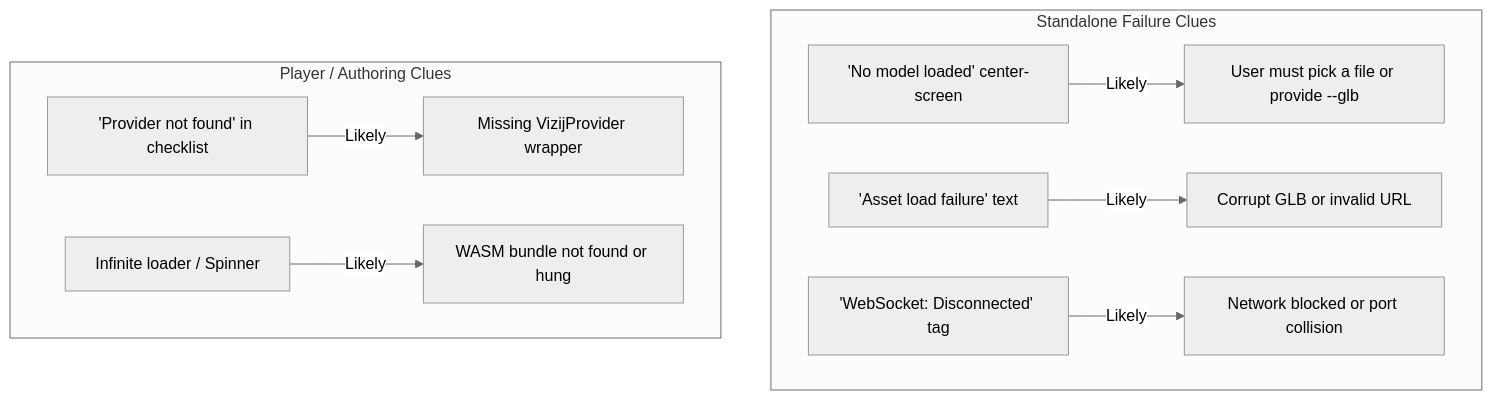
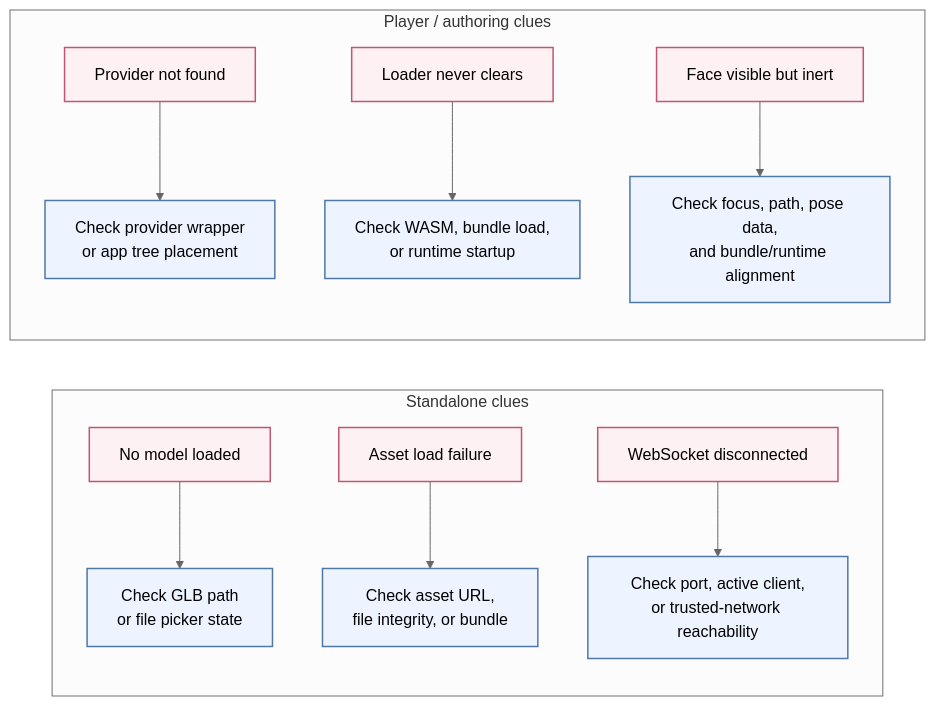
One commit to vizij-ai/vizij-docs changed the first of 2 diagrams in current_documentation/guidebook/support/troubleshooting-matrix.md. Above: the diagram before and after it, drawn with Mermaid (neutral theme). The commit also changed other lines of this file and 24 other files, not shown here.

````diff
--- a/current_documentation/guidebook/support/troubleshooting-matrix.md
+++ b/current_documentation/guidebook/support/troubleshooting-matrix.md
@@ -60,13 +50,22 @@
 ```mermaid
-flowchart TD
-    subgraph StandaloneStates ["Standalone Failure Clues"]
-        nomodel["'No model loaded' center-screen"] -- "Likely" --> pick["User must pick a file or provide --glb"]
-        error["'Asset load failure' text"] -- "Likely" --> corrupt["Corrupt GLB or invalid URL"]
-        ws_off["'WebSocket: Disconnected' tag"] -- "Likely" --> net["Network blocked or port collision"]
+flowchart LR
+    classDef symptom fill:#fdf1f3,stroke:#c05670,stroke-width:1.5px
+    classDef inspect fill:#eef4ff,stroke:#4e79a7,stroke-width:1.5px
+
+    subgraph StandaloneStates ["Standalone clues"]
+        direction TB
+        nomodel["No model loaded"] --> pick["Check GLB path\nor file picker state"]
+        error["Asset load failure"] --> corrupt["Check asset URL,\nfile integrity, or bundle"]
+        wsOff["WebSocket disconnected"] --> net["Check port, active client,\nor trusted-network reachability"]
     end
 
-    subgraph PlayerStates ["Player / Authoring Clues"]
-        provider["'Provider not found' in checklist"] -- "Likely" --> context["Missing VizijProvider wrapper"]
-        stuck["Infinite loader / Spinner"] -- "Likely" --> bundle["WASM bundle not found or hung"]
+    subgraph AppStates ["Player / authoring clues"]
+        direction TB
+        provider["Provider not found"] --> context["Check provider wrapper\nor app tree placement"]
+        stuck["Loader never clears"] --> bundle["Check WASM, bundle load,\nor runtime startup"]
+        inert["Face visible but inert"] --> control["Check focus, path, pose data,\nand bundle/runtime alignment"]
     end
+
+    class nomodel,error,wsOff,provider,stuck,inert symptom
+    class pick,corrupt,net,context,bundle,control inspect
 ```
````
